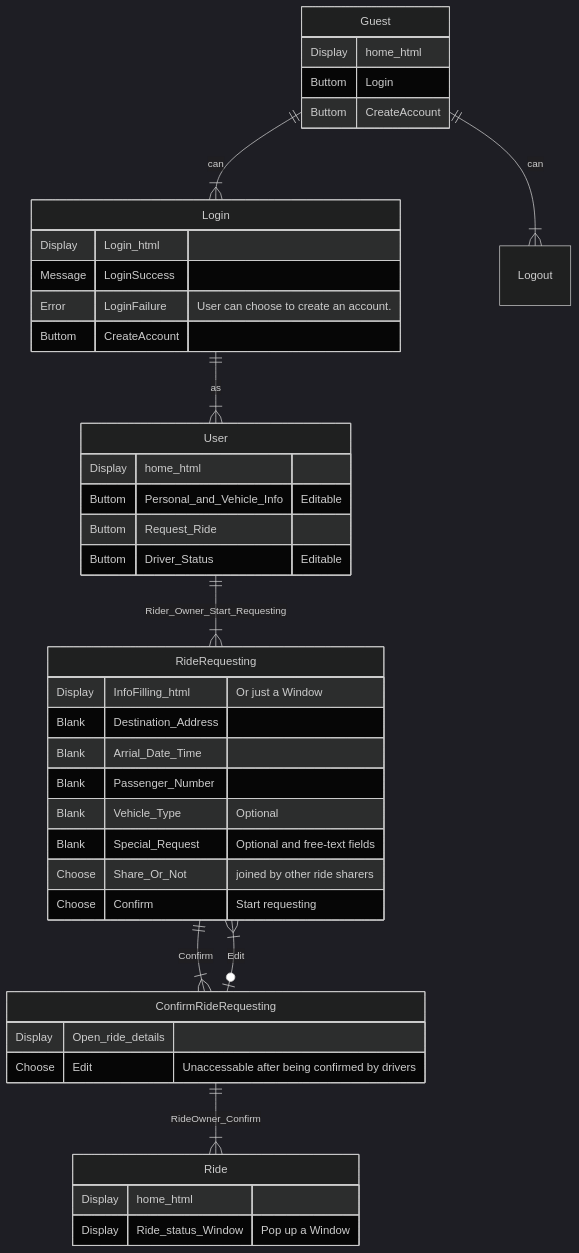
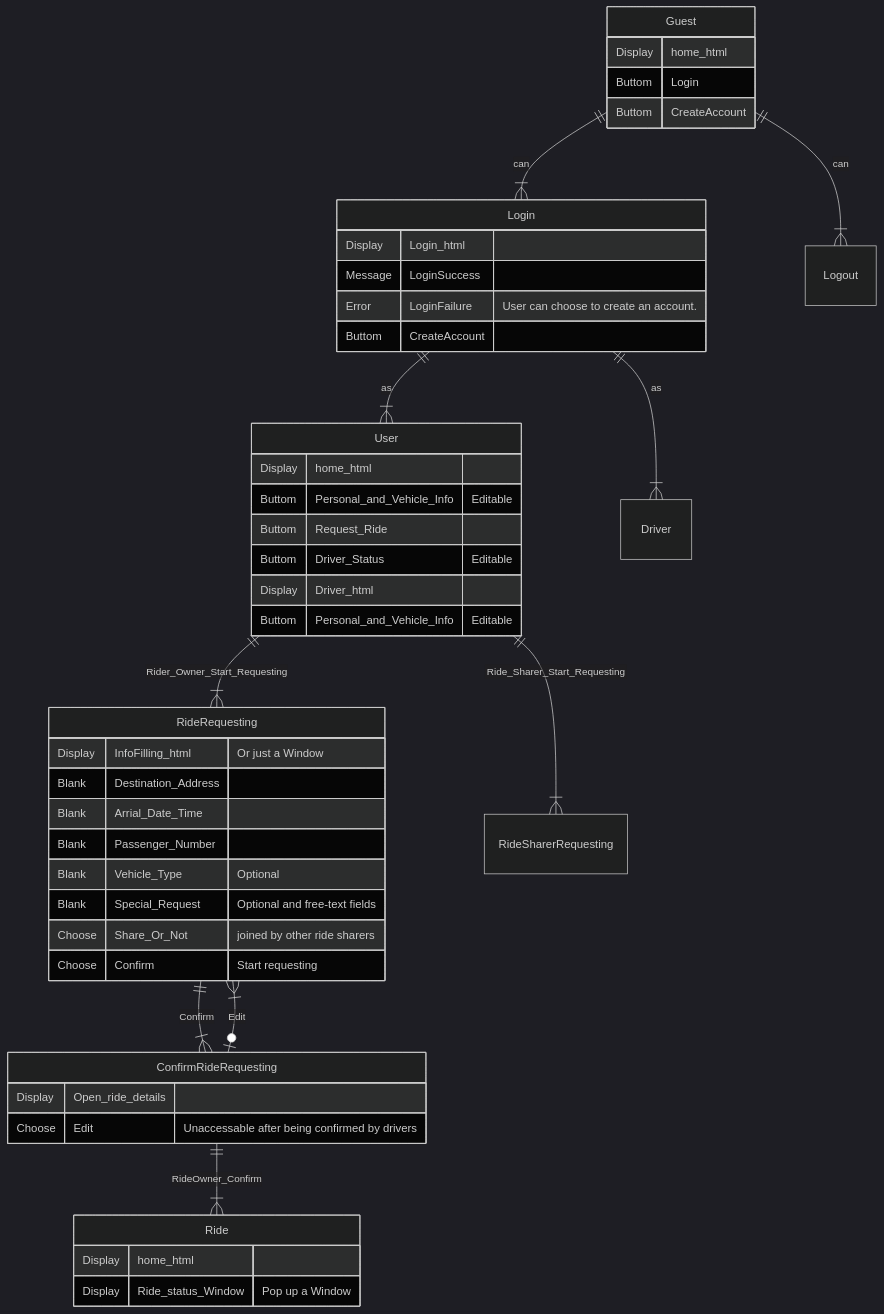
Before and after one commit to YUME-FF/Web-APP_Ride-Sharing-Service: the diagram in README.md, drawn with Mermaid (dark theme).

````diff
--- a/README.md
+++ b/README.md
@@ -15,49 +15,55 @@
 ```mermaid
 erDiagram
 
     Guest ||--|{ Login : can
     Guest ||--|{ Logout : can
     Guest {
         Display home_html
         Buttom Login
         Buttom CreateAccount 
     }
     Login{
         Display Login_html
         Message LoginSuccess
         Error LoginFailure "User can choose to create an account."
         Buttom CreateAccount
     }
 
     Login ||--|{ User : as
     User{
         Display home_html
         Buttom Personal_and_Vehicle_Info "Editable"
         Buttom Request_Ride
         Buttom Driver_Status "Editable"
+    }
+    Login ||--|{ Driver : as
+    User{
+        Display Driver_html
+        Buttom Personal_and_Vehicle_Info "Editable"
     }
 
     User ||--|{ RideRequesting : Rider_Owner_Start_Requesting
     RideRequesting{
         Display InfoFilling_html "Or just a Window"
         Blank Destination_Address
         Blank Arrial_Date_Time
         Blank Passenger_Number
         Blank Vehicle_Type "Optional"
         Blank Special_Request "Optional and free-text fields"
         Choose Share_Or_Not "joined by other ride sharers"
         Choose Confirm "Start requesting"
     }
     RideRequesting ||--|{ ConfirmRideRequesting : Confirm
     ConfirmRideRequesting |o--|{ RideRequesting : Edit
     ConfirmRideRequesting{
         Display Open_ride_details
         Choose Edit "Unaccessable after being confirmed by drivers"
     }
     ConfirmRideRequesting ||--|{ Ride : RideOwner_Confirm
     Ride{
         Display home_html
         Display Ride_status_Window "Pop up a Window"
 
     }
+    User ||--|{ RideSharerRequesting : Ride_Sharer_Start_Requesting
 ```
````
